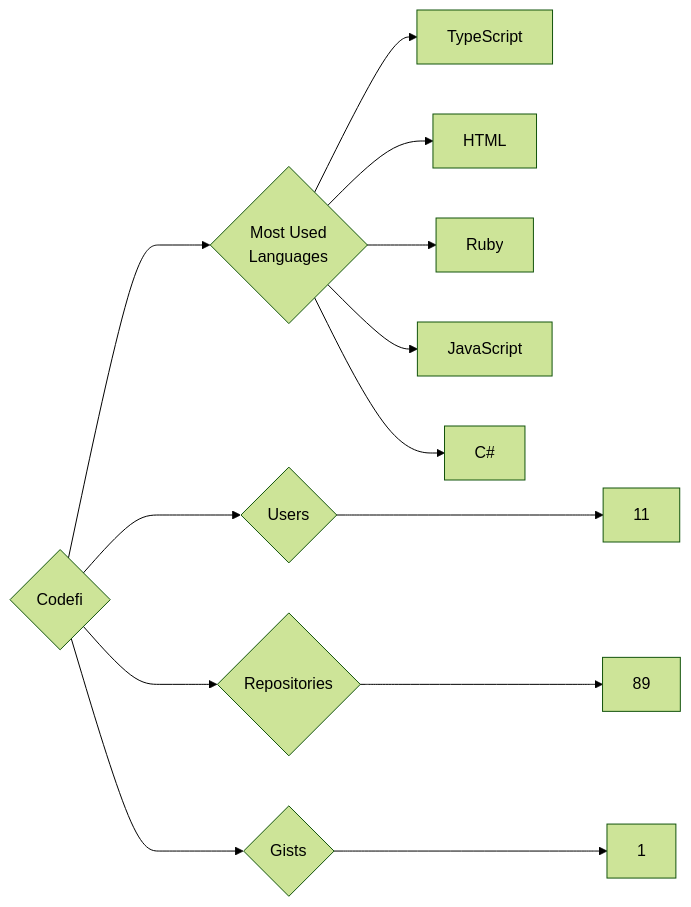
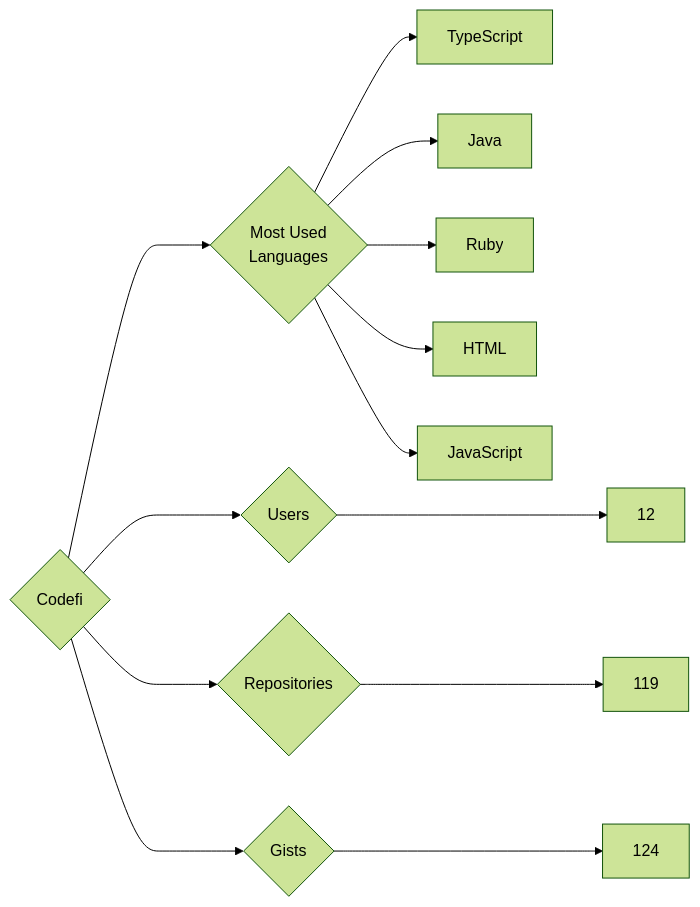
The diagram in targets/Codefi/README.md (trickest/insiders), drawn with Mermaid (forest theme) before and after one commit. The commit also changed 942 other files, not shown here.

````diff
--- a/targets/Codefi/README.md
+++ b/targets/Codefi/README.md
@@ -3,13 +3,13 @@
 ```mermaid
 graph LR
 COMPANY_NAME{Codefi}
-COMPANY_NAME ---> U{Users} ---> UN[11]
-COMPANY_NAME ---> R{Repositories} ---> RN[89]
-COMPANY_NAME ---> G{Gists} ---> GN[1]
+COMPANY_NAME ---> U{Users} ---> UN[12]
+COMPANY_NAME ---> R{Repositories} ---> RN[119]
+COMPANY_NAME ---> G{Gists} ---> GN[124]
 COMPANY_NAME ---> ML{Most Used<br>Languages}
 ML --> TypeScript[TypeScript]
+ML --> Java[Java]
+ML --> Ruby[Ruby]
 ML --> HTML[HTML]
-ML --> Ruby[Ruby]
 ML --> JavaScript[JavaScript]
-ML --> C#[C#]
 ```
````
